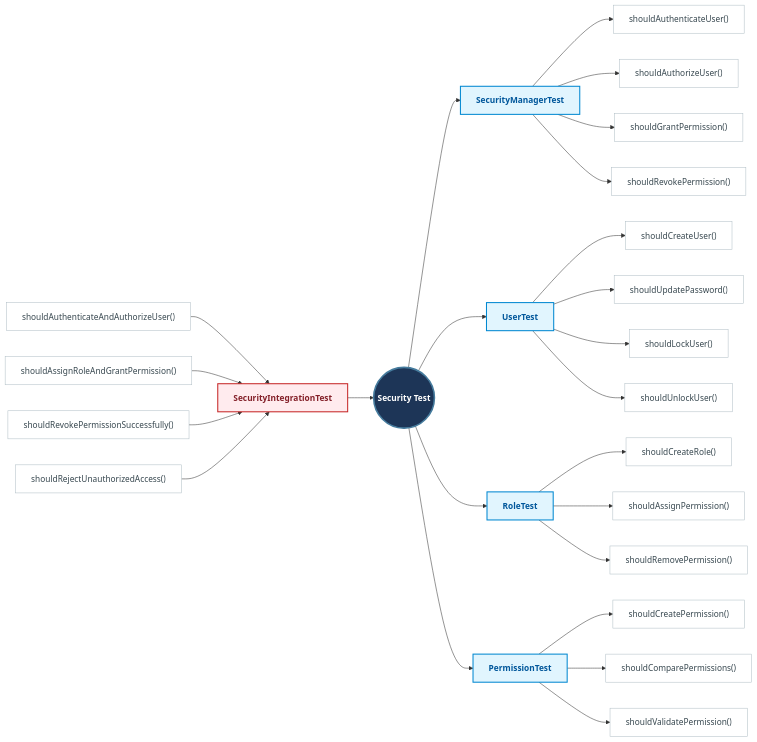
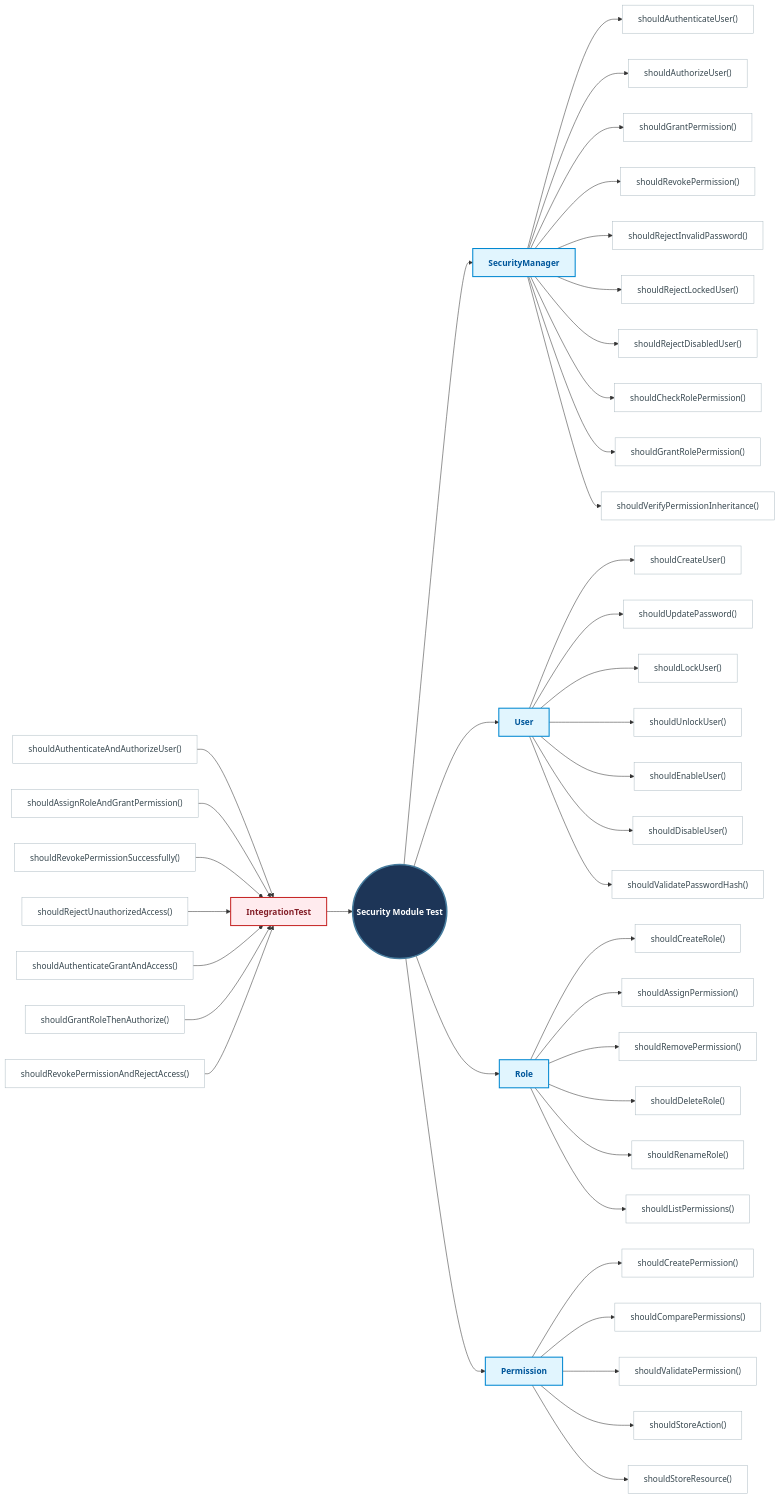
Diagram 16 of 20 in docs/README.md (Huy1801214/dbms-architecture), drawn with Mermaid before and after one commit. The commit also changed other lines of this file and 10 other files, not shown here.

Commit message:
add comprehensive sequence diagrams and documentation for system architecture and unit testing specifications

````diff
--- a/docs/README.md
+++ b/docs/README.md
@@ -1710,99 +2085,113 @@
     %% =====================================================
     %% Root
     %% =====================================================
-
-    ROOT((Security Test)):::rootStyle
+    ROOT((Security Module Test)):::rootStyle
 
     %% =====================================================
     %% Integration Tests
     %% =====================================================
-
-    SECINT["SecurityIntegrationTest"]:::branchTx
+    INT_TEST["IntegrationTest"]:::branchTx
 
     it1["shouldAuthenticateAndAuthorizeUser()"]:::leafStyle
+    it1 --> INT_TEST
     it2["shouldAssignRoleAndGrantPermission()"]:::leafStyle
+    it2 --> INT_TEST
     it3["shouldRevokePermissionSuccessfully()"]:::leafStyle
+    it3 --> INT_TEST
     it4["shouldRejectUnauthorizedAccess()"]:::leafStyle
-
-    it1 --> SECINT
-    it2 --> SECINT
-    it3 --> SECINT
-    it4 --> SECINT
-
-    SECINT --> ROOT
+    it4 --> INT_TEST
+    it5["shouldAuthenticateGrantAndAccess()"]:::leafStyle
+    it5 --> INT_TEST
+    it6["shouldGrantRoleThenAuthorize()"]:::leafStyle
+    it6 --> INT_TEST
+    it7["shouldRevokePermissionAndRejectAccess()"]:::leafStyle
+    it7 --> INT_TEST
+    INT_TEST --> ROOT
 
     %% =====================================================
     %% Unit Tests
     %% =====================================================
-
-    SECURITY["SecurityManagerTest"]:::branchAdmin
-    USER["UserTest"]:::branchAdmin
-    ROLE["RoleTest"]:::branchAdmin
-    PERMISSION["PermissionTest"]:::branchAdmin
-
-    ROOT --> SECURITY
+    SECURITYMANAGER["SecurityManager"]:::branchAdmin
+    ROOT --> SECURITYMANAGER
+    USER["User"]:::branchAdmin
     ROOT --> USER
+    ROLE["Role"]:::branchAdmin
     ROOT --> ROLE
+    PERMISSION["Permission"]:::branchAdmin
     ROOT --> PERMISSION
 
-    %% =====================================================
-    %% SecurityManagerTest
-    %% =====================================================
+    %% SecurityManager methods
+    securitymanager_1["shouldAuthenticateUser()"]:::leafStyle
+    SECURITYMANAGER --> securitymanager_1
+    securitymanager_2["shouldAuthorizeUser()"]:::leafStyle
+    SECURITYMANAGER --> securitymanager_2
+    securitymanager_3["shouldGrantPermission()"]:::leafStyle
+    SECURITYMANAGER --> securitymanager_3
+    securitymanager_4["shouldRevokePermission()"]:::leafStyle
+    SECURITYMANAGER --> securitymanager_4
+    securitymanager_5["shouldRejectInvalidPassword()"]:::leafStyle
+    SECURITYMANAGER --> securitymanager_5
+    securitymanager_6["shouldRejectLockedUser()"]:::leafStyle
+    SECURITYMANAGER --> securitymanager_6
+    securitymanager_7["shouldRejectDisabledUser()"]:::leafStyle
+    SECURITYMANAGER --> securitymanager_7
+    securitymanager_8["shouldCheckRolePermission()"]:::leafStyle
+    SECURITYMANAGER --> securitymanager_8
+    securitymanager_9["shouldGrantRolePermission()"]:::leafStyle
+    SECURITYMANAGER --> securitymanager_9
+    securitymanager_10["shouldVerifyPermissionInheritance()"]:::leafStyle
+    SECURITYMANAGER --> securitymanager_10
 
-    sm1["shouldAuthenticateUser()"]:::leafStyle
-    sm2["shouldAuthorizeUser()"]:::leafStyle
-    sm3["shouldGrantPermission()"]:::leafStyle
-    sm4["shouldRevokePermission()"]:::leafStyle
+    %% User methods
+    user_1["shouldCreateUser()"]:::leafStyle
+    USER --> user_1
+    user_2["shouldUpdatePassword()"]:::leafStyle
+    USER --> user_2
+    user_3["shouldLockUser()"]:::leafStyle
+    USER --> user_3
+    user_4["shouldUnlockUser()"]:::leafStyle
+    USER --> user_4
+    user_5["shouldEnableUser()"]:::leafStyle
+    USER --> user_5
+    user_6["shouldDisableUser()"]:::leafStyle
+    USER --> user_6
+    user_7["shouldValidatePasswordHash()"]:::leafStyle
+    USER --> user_7
 
-    SECURITY --> sm1
-    SECURITY --> sm2
-    SECURITY --> sm3
-    SECURITY --> sm4
+    %% Role methods
+    role_1["shouldCreateRole()"]:::leafStyle
+    ROLE --> role_1
+    role_2["shouldAssignPermission()"]:::leafStyle
+    ROLE --> role_2
+    role_3["shouldRemovePermission()"]:::leafStyle
+    ROLE --> role_3
+    role_4["shouldDeleteRole()"]:::leafStyle
+    ROLE --> role_4
+    role_5["shouldRenameRole()"]:::leafStyle
+    ROLE --> role_5
+    role_6["shouldListPermissions()"]:::leafStyle
+    ROLE --> role_6
 
-    %% =====================================================
-    %% UserTest
-    %% =====================================================
-
-    us1["shouldCreateUser()"]:::leafStyle
-    us2["shouldUpdatePassword()"]:::leafStyle
-    us3["shouldLockUser()"]:::leafStyle
-    us4["shouldUnlockUser()"]:::leafStyle
-
-    USER --> us1
-    USER --> us2
-    USER --> us3
-    USER --> us4
-
-    %% =====================================================
-    %% RoleTest
-    %% =====================================================
-
-    rl1["shouldCreateRole()"]:::leafStyle
-    rl2["shouldAssignPermission()"]:::leafStyle
-    rl3["shouldRemovePermission()"]:::leafStyle
-
-    ROLE --> rl1
-    ROLE --> rl2
-    ROLE --> rl3
-
-    %% =====================================================
-    %% PermissionTest
-    %% =====================================================
-
-    pm1["shouldCreatePermission()"]:::leafStyle
-    pm2["shouldComparePermissions()"]:::leafStyle
-    pm3["shouldValidatePermission()"]:::leafStyle
-
-    PERMISSION --> pm1
-    PERMISSION --> pm2
-    PERMISSION --> pm3
+    %% Permission methods
+    permission_1["shouldCreatePermission()"]:::leafStyle
+    PERMISSION --> permission_1
+    permission_2["shouldComparePermissions()"]:::leafStyle
+    PERMISSION --> permission_2
+    permission_3["shouldValidatePermission()"]:::leafStyle
+    PERMISSION --> permission_3
+    permission_4["shouldStoreAction()"]:::leafStyle
+    PERMISSION --> permission_4
+    permission_5["shouldStoreResource()"]:::leafStyle
+    PERMISSION --> permission_5
 
     %% =====================================================
     %% Styling
     %% =====================================================
-
     classDef rootStyle fill:#1d3557,stroke:#457b9d,stroke-width:3px,color:#fff,font-weight:bold,font-size:16px;
     classDef branchAdmin fill:#e1f5fe,stroke:#0288d1,stroke-width:2px,color:#01579b,font-weight:bold;
+    classDef branchCatalog fill:#e8f5e9,stroke:#388e3c,stroke-width:2px,color:#1b5e20,font-weight:bold;
+    classDef branchStorage fill:#e0f2f1,stroke:#00695c,stroke-width:2px,color:#004d40,font-weight:bold;
+    classDef branchQuery fill:#fff3e0,stroke:#f57c00,stroke-width:2px,color:#e65100,font-weight:bold;
     classDef branchTx fill:#ffebee,stroke:#c62828,stroke-width:2px,color:#842029,font-weight:bold;
     classDef leafStyle fill:#ffffff,stroke:#b0bec5,stroke-width:1px,color:#37474f;
 ```
````
